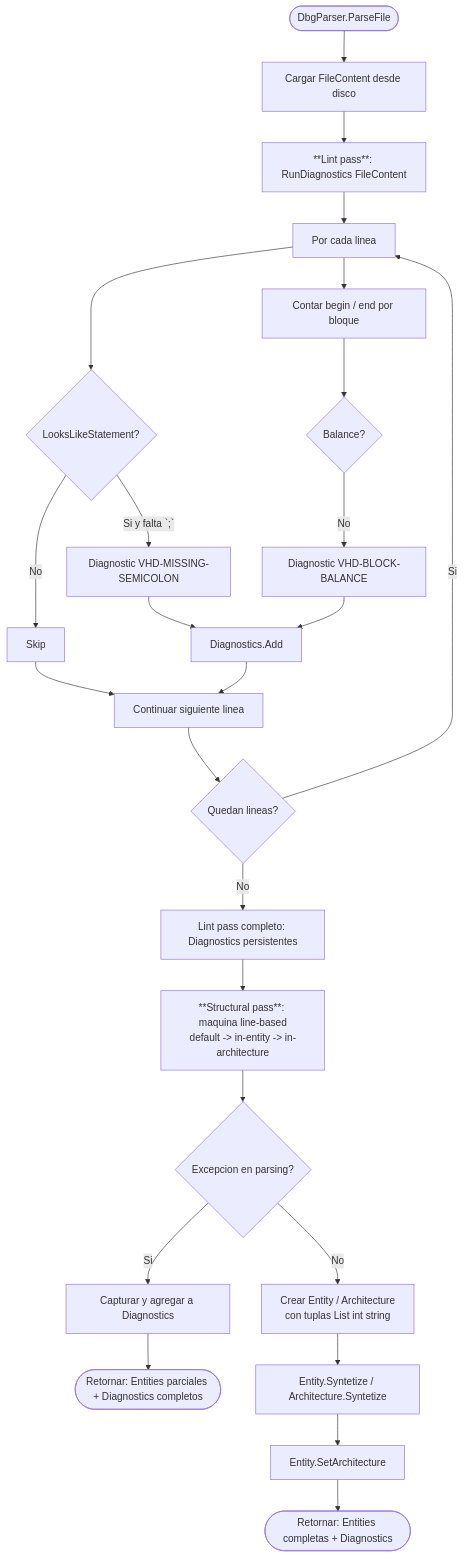
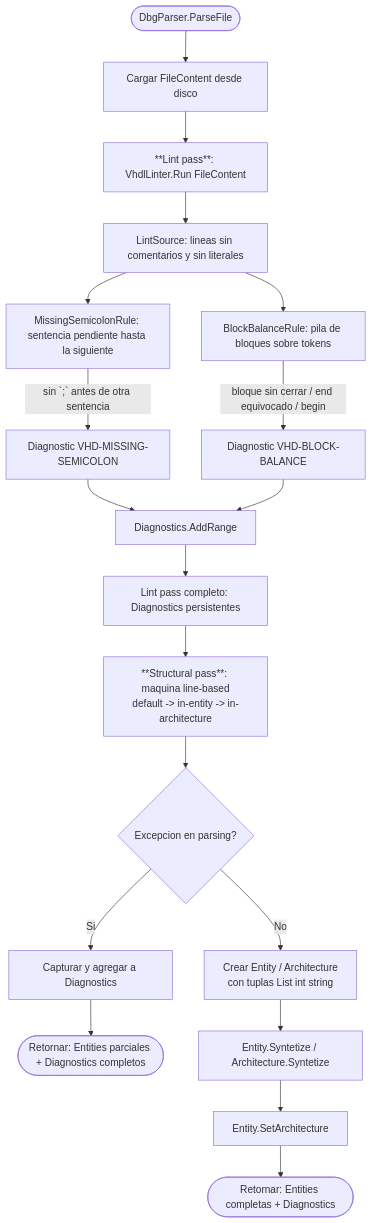
The sixth of 6 diagrams in README.md (Kmila9s/Debugger), drawn with Mermaid before and after one commit. The commit also changed other lines of this file and 7 other files, not shown here.

First line of the commit message:
Rewrite the lint pass without false positives (GAP-LINT-001)

````diff
--- a/README.md
+++ b/README.md
@@ -342,28 +340,22 @@
 ```mermaid
 flowchart TD
     A([DbgParser.ParseFile]) --> B[Cargar FileContent desde disco]
-    B --> C[**Lint pass**: RunDiagnostics FileContent]
-    C --> D[Por cada linea]
-    D --> E{LooksLikeStatement?}
-    E -->|Si y falta `;`| F[Diagnostic VHD-MISSING-SEMICOLON]
-    E -->|No| G[Skip]
-    D --> H[Contar begin / end por bloque]
-    H --> I{Balance?}
-    I -->|No| J[Diagnostic VHD-BLOCK-BALANCE]
-    F --> K[Diagnostics.Add]
+    B --> C[**Lint pass**: VhdlLinter.Run FileContent]
+    C --> D[LintSource: lineas sin comentarios y sin literales]
+    D --> E[MissingSemicolonRule: sentencia pendiente hasta la siguiente]
+    D --> H[BlockBalanceRule: pila de bloques sobre tokens]
+    E -->|sin `;` antes de otra sentencia| F[Diagnostic VHD-MISSING-SEMICOLON]
+    H -->|bloque sin cerrar / end equivocado / begin| J[Diagnostic VHD-BLOCK-BALANCE]
+    F --> K[Diagnostics.AddRange]
     J --> K
-    G --> L
-    K --> L[Continuar siguiente linea]
-    L --> M{Quedan lineas?}
-    M -->|Si| D
-    M -->|No| N[Lint pass completo: Diagnostics persistentes]
+    K --> N[Lint pass completo: Diagnostics persistentes]
 
     N --> O[**Structural pass**: maquina line-based<br/>default -> in-entity -> in-architecture]
     O --> P{Excepcion en parsing?}
     P -->|Si| Q[Capturar y agregar a Diagnostics]
     Q --> R([Retornar: Entities parciales + Diagnostics completos])
     P -->|No| S[Crear Entity / Architecture<br/>con tuplas List int string]
     S --> T[Entity.Syntetize / Architecture.Syntetize]
     T --> U[Entity.SetArchitecture]
     U --> V([Retornar: Entities completas + Diagnostics])
 ```
````
